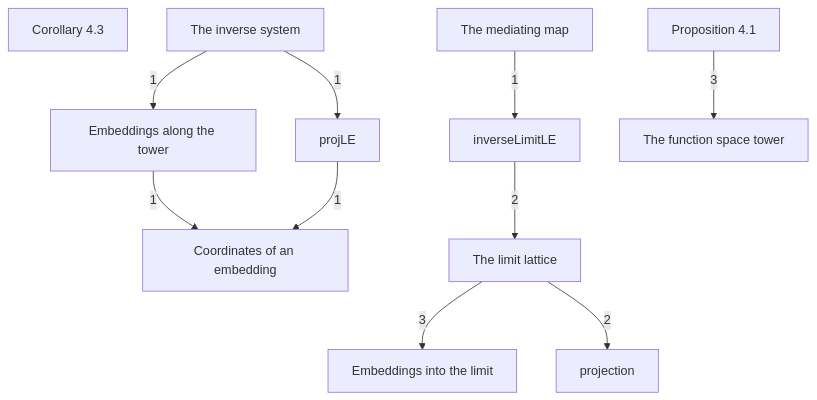
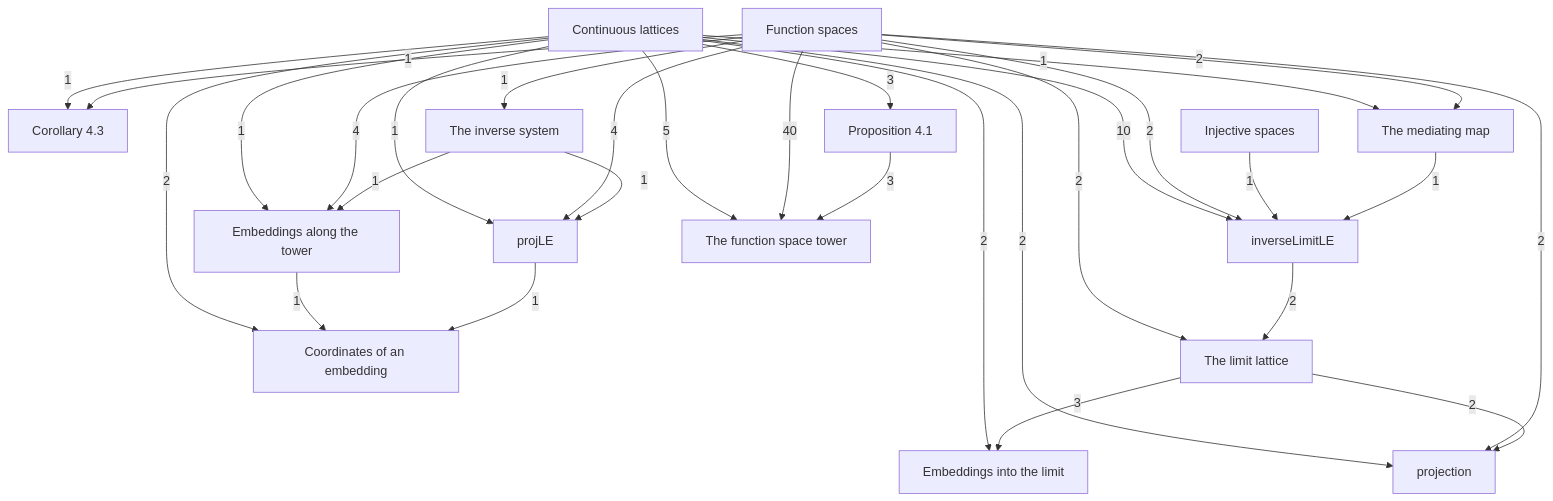
One commit to catskillsresearch/DomainTheory changed the diagram in DomainTheory/ContinuousLattice/1972_4_Inverse_limits.mermaid. Above: the diagram before and after it, drawn with Mermaid. The commit also changed 178 other files, not shown here.

First line of the commit message:
Improve 1972 PDF build, mermaid section imports, and note hierarchy.

```diff
--- a/DomainTheory/ContinuousLattice/1972_4_Inverse_limits.mermaid
+++ b/DomainTheory/ContinuousLattice/1972_4_Inverse_limits.mermaid
@@ -1,28 +1,50 @@
-%% Notes of section 4, inverse limits, in barrel order.
-%% Each box is one outline note from 1972_4_Inverse_limits.md.
+%% Outline notes in this section; INJ/CL/FS/LIM are other 1972 chapter sections.
 %% Arrowhead on the importer. The number is a direct-import count.
 %% An arrow already implied by a longer path is omitted.
 flowchart TB
 
+  CL["Continuous lattices"]
   Coordinates_of_an_embedd["Coordinates of an embedding"]
   Corollary_4_3["Corollary 4.3"]
   Embeddings_along_the_tow["Embeddings along the tower"]
   Embeddings_into_the_limi["Embeddings into the limit"]
+  FS["Function spaces"]
+  INJ["Injective spaces"]
   inverseLimitLE["inverseLimitLE"]
   projection["projection"]
   projLE["projLE"]
   Proposition_4_1["Proposition 4.1"]
   The_function_space_tower["The function space tower"]
   The_inverse_system["The inverse system"]
   The_limit_lattice["The limit lattice"]
   The_mediating_map["The mediating map"]
 
+  CL -->|"2"| Coordinates_of_an_embedd
   Embeddings_along_the_tow -->|"1"| Coordinates_of_an_embedd
   projLE -->|"1"| Coordinates_of_an_embedd
+  CL -->|"1"| Corollary_4_3
+  FS -->|"1"| Corollary_4_3
+  CL -->|"1"| Embeddings_along_the_tow
+  FS -->|"4"| Embeddings_along_the_tow
   The_inverse_system -->|"1"| Embeddings_along_the_tow
+  CL -->|"2"| Embeddings_into_the_limi
   The_limit_lattice -->|"3"| Embeddings_into_the_limi
+  CL -->|"3"| Proposition_4_1
+  CL -->|"5"| The_function_space_tower
+  FS -->|"40"| The_function_space_tower
   Proposition_4_1 -->|"3"| The_function_space_tower
+  FS -->|"1"| The_inverse_system
+  FS -->|"2"| The_limit_lattice
   inverseLimitLE -->|"2"| The_limit_lattice
+  CL -->|"1"| The_mediating_map
+  FS -->|"2"| The_mediating_map
+  CL -->|"10"| inverseLimitLE
+  FS -->|"2"| inverseLimitLE
+  INJ -->|"1"| inverseLimitLE
   The_mediating_map -->|"1"| inverseLimitLE
+  CL -->|"1"| projLE
+  FS -->|"4"| projLE
   The_inverse_system -->|"1"| projLE
+  CL -->|"2"| projection
+  FS -->|"2"| projection
   The_limit_lattice -->|"2"| projection
```
